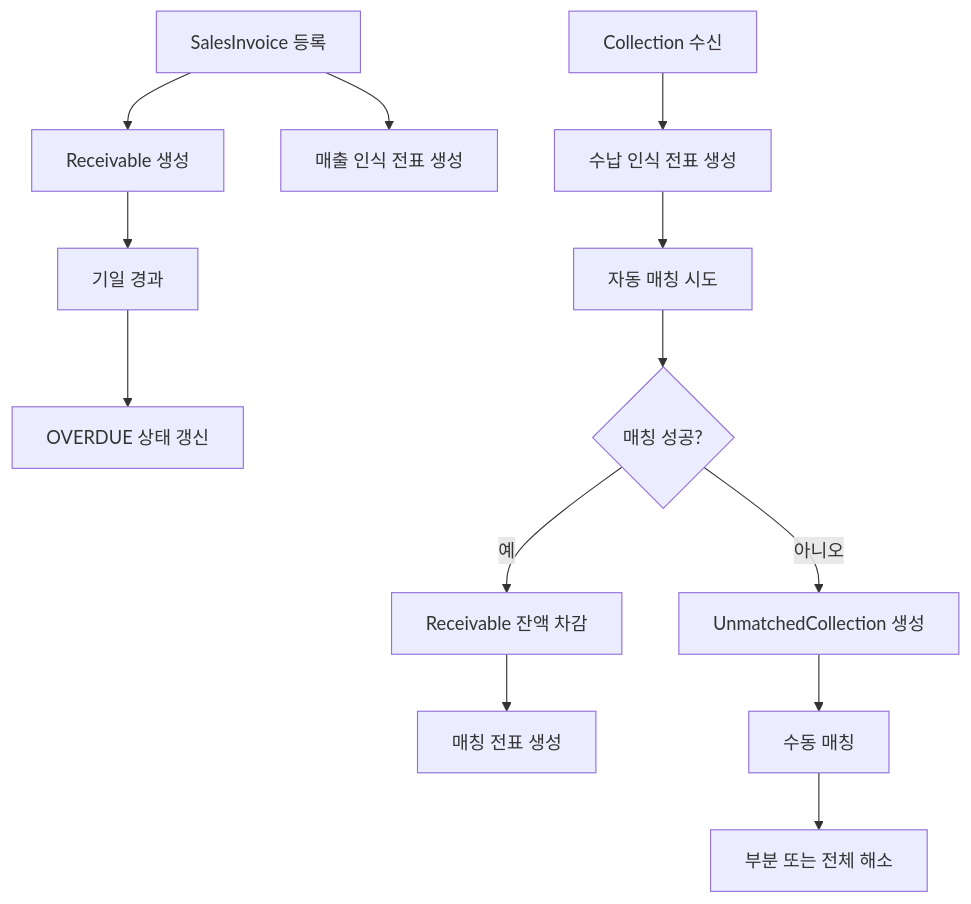
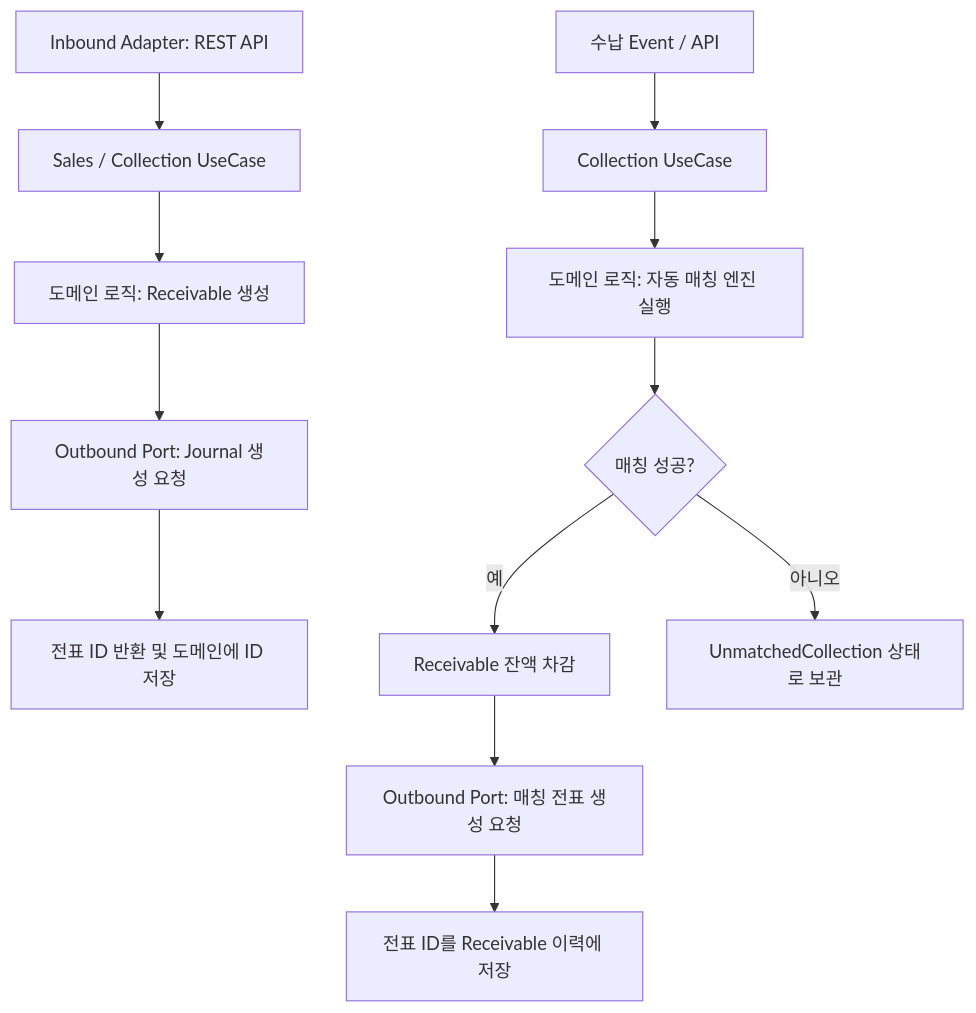
The diagram in receivable/docs/process-flow.md (skyg547/account), drawn with Mermaid before and after one commit. The commit also changed other lines of this file and 94 other files, not shown here.

````diff
--- a/receivable/docs/process-flow.md
+++ b/receivable/docs/process-flow.md
@@ -19,15 +15,15 @@
 ```mermaid
 flowchart TD
-    A[SalesInvoice 등록] --> B[Receivable 생성]
-    A --> C[매출 인식 전표 생성]
-    B --> D[기일 경과]
-    D --> E[OVERDUE 상태 갱신]
-    F[Collection 수신] --> G[수납 인식 전표 생성]
-    G --> H[자동 매칭 시도]
+    A[Inbound Adapter: REST API] --> B[Sales / Collection UseCase]
+    B --> C[도메인 로직: Receivable 생성]
+    C --> D[Outbound Port: Journal 생성 요청]
+    D --> E[전표 ID 반환 및 도메인에 ID 저장]
+    
+    F[수납 Event / API] --> G[Collection UseCase]
+    G --> H[도메인 로직: 자동 매칭 엔진 실행]
     H --> I{매칭 성공?}
     I -->|예| J[Receivable 잔액 차감]
-    J --> K[매칭 전표 생성]
-    I -->|아니오| L[UnmatchedCollection 생성]
-    L --> M[수동 매칭]
-    M --> N[부분 또는 전체 해소]
+    J --> K[Outbound Port: 매칭 전표 생성 요청]
+    K --> L[전표 ID를 Receivable 이력에 저장]
+    I -->|아니오| M[UnmatchedCollection 상태로 보관]
 ```
````
